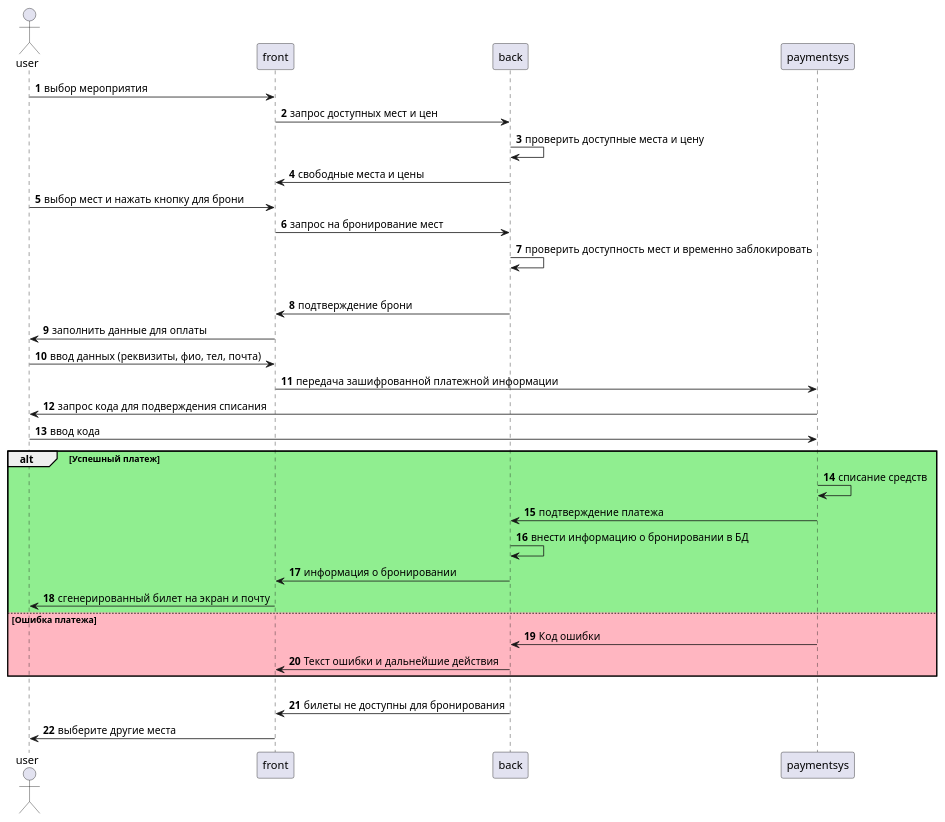
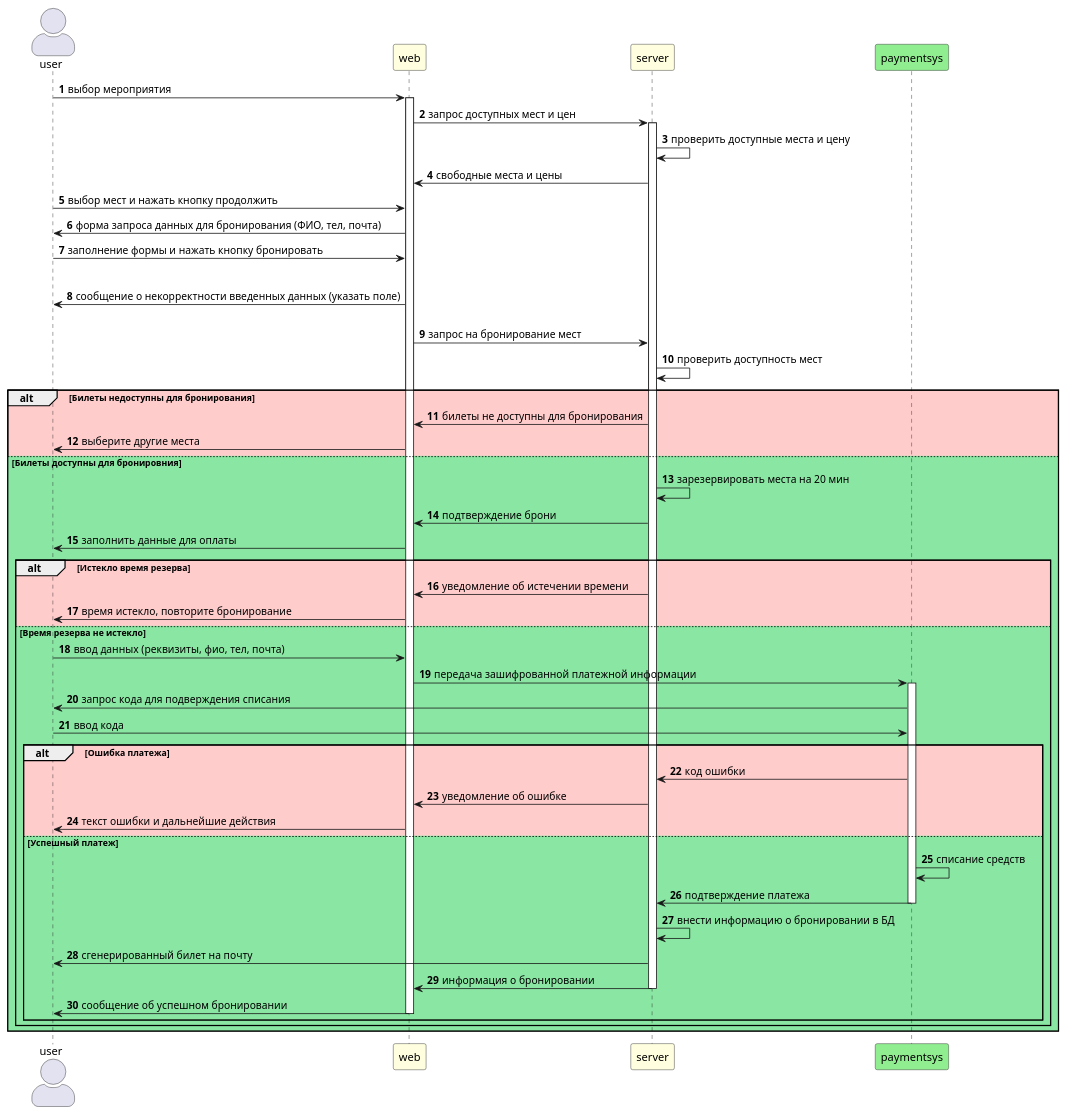
One commit to NadezdaHope19/practice changed the diagram in diagrams/sequence.puml. Above: the diagram before and after it, drawn with PlantUML.

```diff
--- a/diagrams/sequence.puml
+++ b/diagrams/sequence.puml
@@ -1,31 +1,55 @@
 @startuml
 autonumber
+skinparam actorStyle awesome
 actor user
-user -> front : выбор мероприятия
-front -> back : запрос доступных мест и цен
-back -> back : проверить доступные места и цену
-back -> front : свободные места и цены
-user -> front : выбор мест и нажать кнопку для брони
-front -> back : запрос на бронирование мест
-back -> back : проверить доступность мест и временно заблокировать
-alt #Lightgreen Места доступны для бронировния
-back -> front : подтверждение брони
-front -> user : заполнить данные для оплаты
-user -> front : ввод данных (реквизиты, фио, тел, почта)
-front -> paymentsys : передача зашифрованной платежной информации
+participant web #lightyellow
+participant server #lightyellow
+participant paymentsys #lightgreen
+user -> web : выбор мероприятия
+activate web
+web -> server : запрос доступных мест и цен
+activate server
+server -> server : проверить доступные места и цену
+server -> web : свободные места и цены
+user -> web : выбор мест и нажать кнопку продолжить
+web -> user : форма запроса данных для бронирования (ФИО, тел, почта)
+user -> web : заполнение формы и нажать кнопку бронировать 
+alt #ffcccc Форма заполнена некорректно
+web -> user : сообщение о некорректности введенных данных (указать поле)
+else #8ae6a3 Форма заполнена корректно
+web -> server : запрос на бронирование мест
+server -> server : проверить доступность мест
+alt #ffcccc Билеты недоступны для бронирования
+server -> web : билеты не доступны для бронирования
+web -> user : выберите другие места
+else #8ae6a3 Билеты доступны для бронировния
+server -> server : зарезервировать места на 20 мин
+server -> web : подтверждение брони
+web -> user : заполнить данные для оплаты
+alt #ffcccc Истекло время резерва
+server -> web : уведомление об истечении времени
+web -> user : время истекло, повторите бронирование
+else #8ae6a3 Время резерва не истекло
+user -> web : ввод данных (реквизиты, фио, тел, почта)
+web -> paymentsys : передача зашифрованной платежной информации 
+activate paymentsys
 paymentsys -> user : запрос кода для подверждения списания
 user -> paymentsys : ввод кода
-alt #LightGreen Успешный платеж
+alt #ffcccc Ошибка платежа
+paymentsys -> server : код ошибки
+server -> web : уведомление об ошибке
+web -> user : текст ошибки и дальнейшие действия
+else #8ae6a3 Успешный платеж
 paymentsys -> paymentsys : списание средств
-paymentsys -> back : подтверждение платежа
-back -> back : внести информацию о бронировании в БД
-back -> front : информация о бронировании
-front -> user : сгенерированный билет на экран и почту
-else #lightpink Ошибка платежа
-paymentsys -> back : Код ошибки
-back -> front : Текст ошибки и дальнейшие действия
+paymentsys -> server : подтверждение платежа 
+deactivate paymentsys
+server -> server : внести информацию о бронировании в БД
+server -> user : сгенерированный билет на почту
+server -> web : информация о бронировании
+deactivate server
+web -> user : сообщение об успешном бронировании
+deactivate web
 end
-else #lightpink Билеты недоступны для бронирования
-back -> front : билеты не доступны для бронирования
-front -> user : выберите другие места
+end
+end
 @enduml
```
